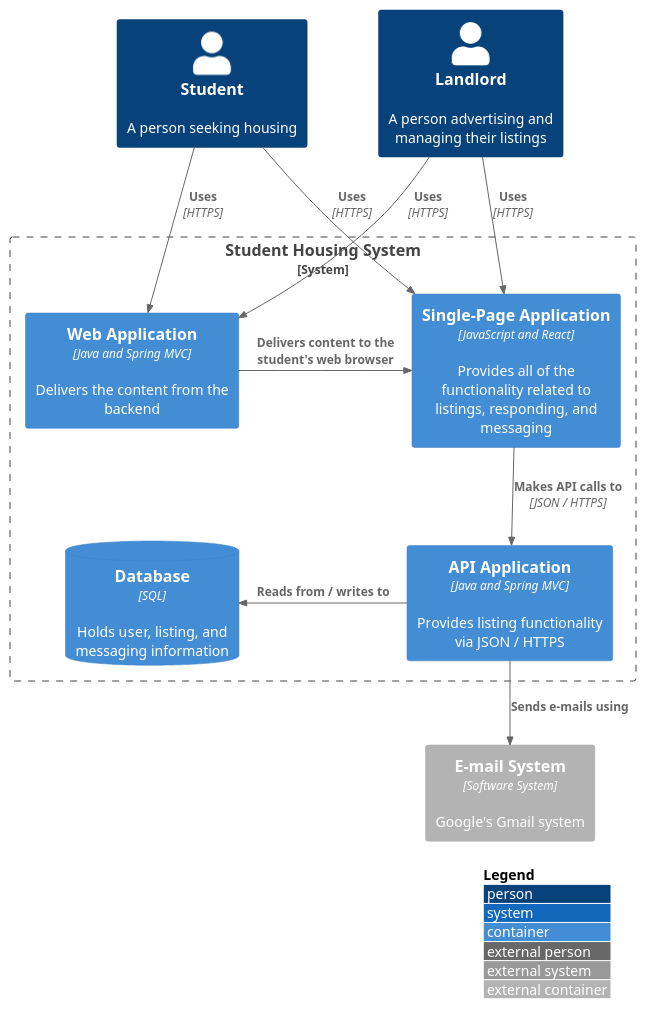
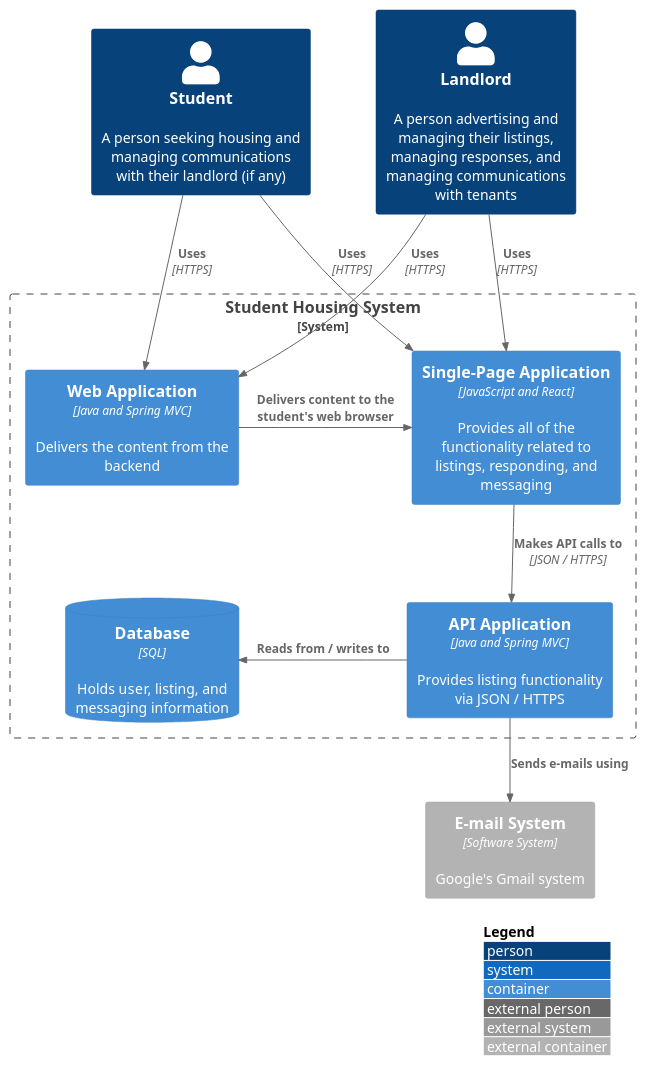
Before and after one commit to lex-kort/s3-roomies-backend: the diagram in docs/uml-diagrams/c2-diagram.puml, drawn with PlantUML. The commit also changed 3 other files, not shown here.

Commit message:
- Update C1, C2, C3 diagrams - Add CORS for front-end

```diff
--- a/docs/uml-diagrams/c2-diagram.puml
+++ b/docs/uml-diagrams/c2-diagram.puml
@@ -1,30 +1,30 @@
 @startuml "C2 Diagram"
 !include https://raw.githubusercontent.com/plantuml-stdlib/C4-PlantUML/master/C4_Container.puml
 
 LAYOUT_WITH_LEGEND()
 
 AddRelTag("dashedLine", $lineStyle=DashedLine())
 
-Person(student, "Student", "A person seeking housing")
-Person(landlord, "Landlord", "A person advertising and managing their listings")
+Person(student, "Student", "A person seeking housing and managing communications with their landlord (if any)")
+Person(landlord, "Landlord", "A person advertising and managing their listings, managing responses, and managing communications with tenants")
 
 System_Boundary(c2,  "Student Housing System", "Software System"){
     Container(web_app, "Web Application", "Java and Spring MVC", "Delivers the content from the backend") 
     Container(sp_app, "Single-Page Application", "JavaScript and React", "Provides all of the functionality related to listings, responding, and messaging")
     Container(api_app, "API Application", "Java and Spring MVC", "Provides listing functionality via JSON / HTTPS")
     ContainerDb(db, "Database", "SQL", "Holds user, listing, and messaging information")
 }
 
 Container_Ext(mail_serv, "E-mail System", "Software System", "Google's Gmail system")
 
 Rel(student, web_app, "Uses", "HTTPS") /'Visits studenthousing.com using'/
 Rel(student, sp_app, "Uses", "HTTPS") /'Views listings, responds to listings, and messages landlords using'/
 
 Rel(landlord, web_app, "Uses", "HTTPS") /'Visits studenthousing.com using'/
 Rel(landlord, sp_app, "Uses", "HTTPS") /'Views listings, responds to listings, and messages landlords using'/
 
 Rel_R(web_app, sp_app, "Delivers content to the student's web browser")
 Rel(sp_app, api_app, "Makes API calls to", "JSON / HTTPS")
 Rel_L(api_app, db, "Reads from / writes to")
 Rel(api_app, mail_serv, "Sends e-mails using")
 @enduml
```
